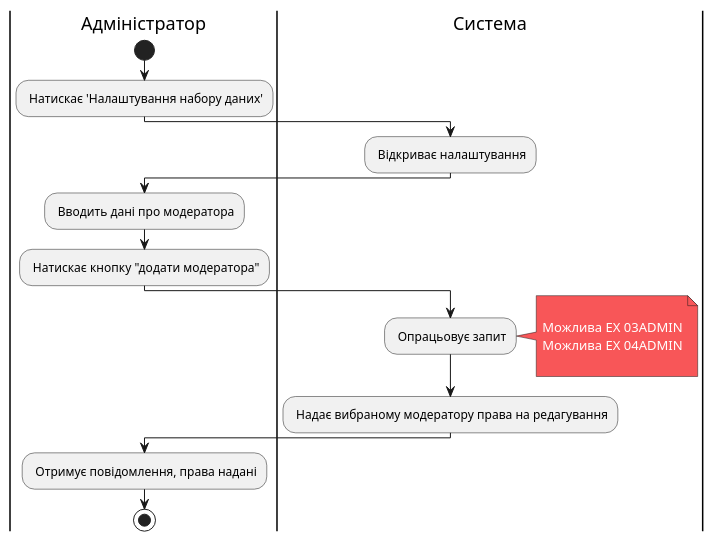
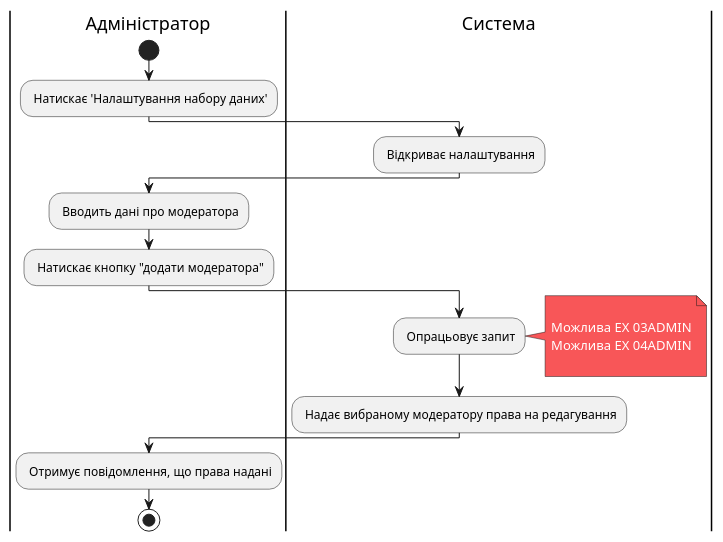
One commit to KarmazinN/db_open_data changed the diagram in src/uml/UC_2.1.puml. Above: the diagram before and after it, drawn with PlantUML.

```diff
--- a/src/uml/UC_2.1.puml
+++ b/src/uml/UC_2.1.puml
@@ -1,39 +1,39 @@
 @startuml
 skinparam ArchimateBackgroundColor #ffffff
 skinparam	shadowing false
 skinparam Note {
 	BackgroundColor #f85658
 	FontColor #ffffff
 }
 
 
 
 |Адміністратор|
 start
 : Натискає 'Налаштування набору даних';
 
 |Система|
 : Відкриває налаштування;
 
 |Адміністратор|
 : Вводить дані про модератора;
 : Натискає кнопку "додати модератора";
 
 |Система|
 : Опрацьовує запит;
 note right
 
 	Можлива EX 03ADMIN
 	Можлива EX 04ADMIN
 
 end note
 : Надає вибраному модератору права на редагування;
 
 |Адміністратор|
 
-: Отримує повідомлення, права надані;
+: Отримує повідомлення, що права надані;
 
 stop;
 
 
 @enduml
```
